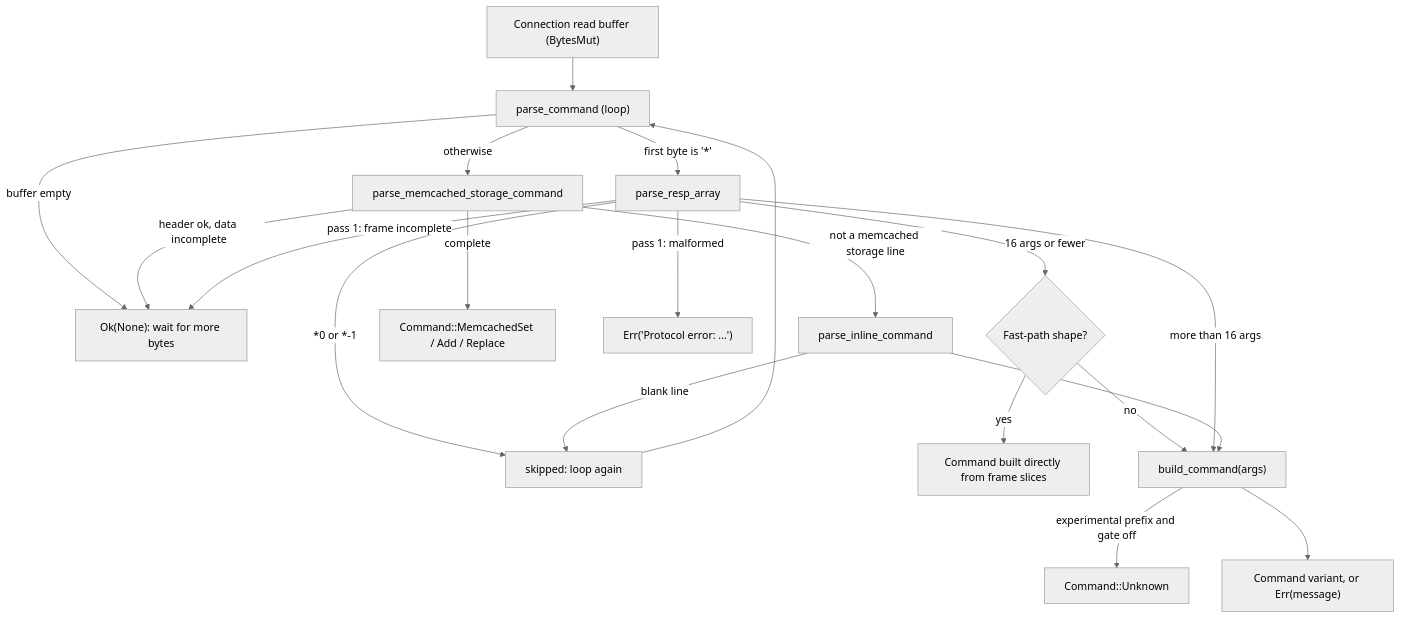
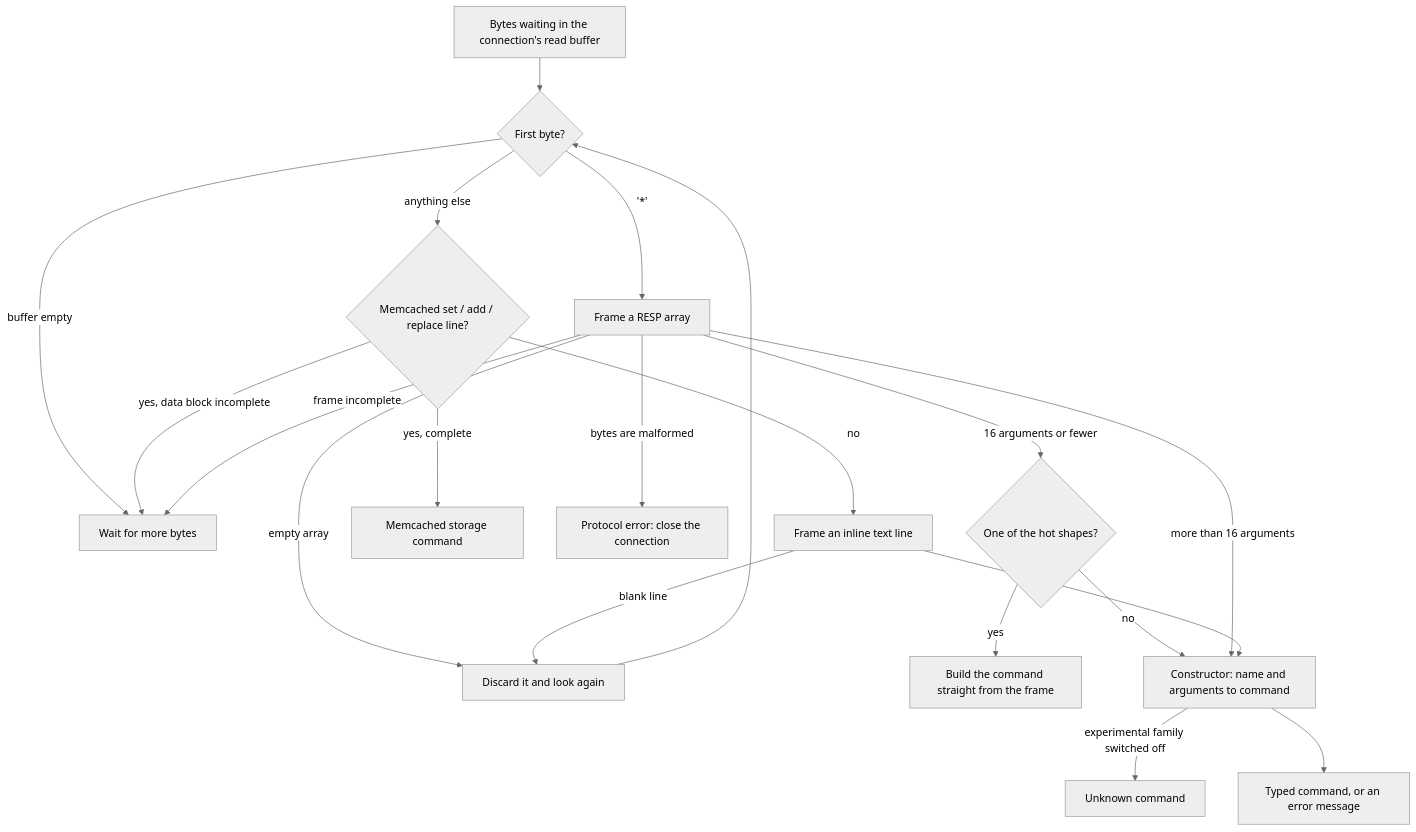
Before and after one commit to warrenzhu25/rudis: the diagram in docs/internal/03_resp_engine.md, drawn with Mermaid (neutral theme). The commit also changed other lines of this file and 18 other files, not shown here.

````diff
--- a/docs/internal/03_resp_engine.md
+++ b/docs/internal/03_resp_engine.md
@@ -48,22 +52,22 @@
 ```mermaid
 flowchart TD
-    A["Connection read buffer (BytesMut)"] --> B["parse_command (loop)"]
-    B -->|"buffer empty"| N["Ok(None): wait for more bytes"]
-    B -->|"first byte is '*'"| C["parse_resp_array"]
-    B -->|"otherwise"| D["parse_memcached_storage_command"]
-    D -->|"not a memcached storage line"| E["parse_inline_command"]
-    D -->|"header ok, data incomplete"| N
-    D -->|"complete"| M["Command::MemcachedSet / Add / Replace"]
-    C -->|"pass 1: frame incomplete"| N
-    C -->|"pass 1: malformed"| X["Err('Protocol error: ...')"]
-    C -->|"*0 or *-1"| S["skipped: loop again"]
-    E -->|"blank line"| S
+    A["Bytes waiting in the connection's read buffer"] --> B{"First byte?"}
+    B -- "buffer empty" --> N["Wait for more bytes"]
+    B -- "'*'" --> C["Frame a RESP array"]
+    B -- "anything else" --> D{"Memcached set / add / replace line?"}
+    D -- "no" --> E["Frame an inline text line"]
+    D -- "yes, data block incomplete" --> N
+    D -- "yes, complete" --> M["Memcached storage command"]
+    C -- "frame incomplete" --> N
+    C -- "bytes are malformed" --> X["Protocol error: close the connection"]
+    C -- "empty array" --> S["Discard it and look again"]
+    E -- "blank line" --> S
     S --> B
-    C -->|"16 args or fewer"| F{"Fast-path shape?"}
-    F -->|"yes"| G["Command built directly from frame slices"]
-    F -->|"no"| H["build_command(args)"]
-    C -->|"more than 16 args"| H
+    C -- "16 arguments or fewer" --> F{"One of the hot shapes?"}
+    F -- "yes" --> G["Build the command straight from the frame"]
+    F -- "no" --> H["Constructor: name and arguments to command"]
+    C -- "more than 16 arguments" --> H
     E --> H
-    H -->|"experimental prefix and gate off"| U["Command::Unknown"]
-    H --> K["Command variant, or Err(message)"]
+    H -- "experimental family switched off" --> U["Unknown command"]
+    H --> K["Typed command, or an error message"]
 ```
````
